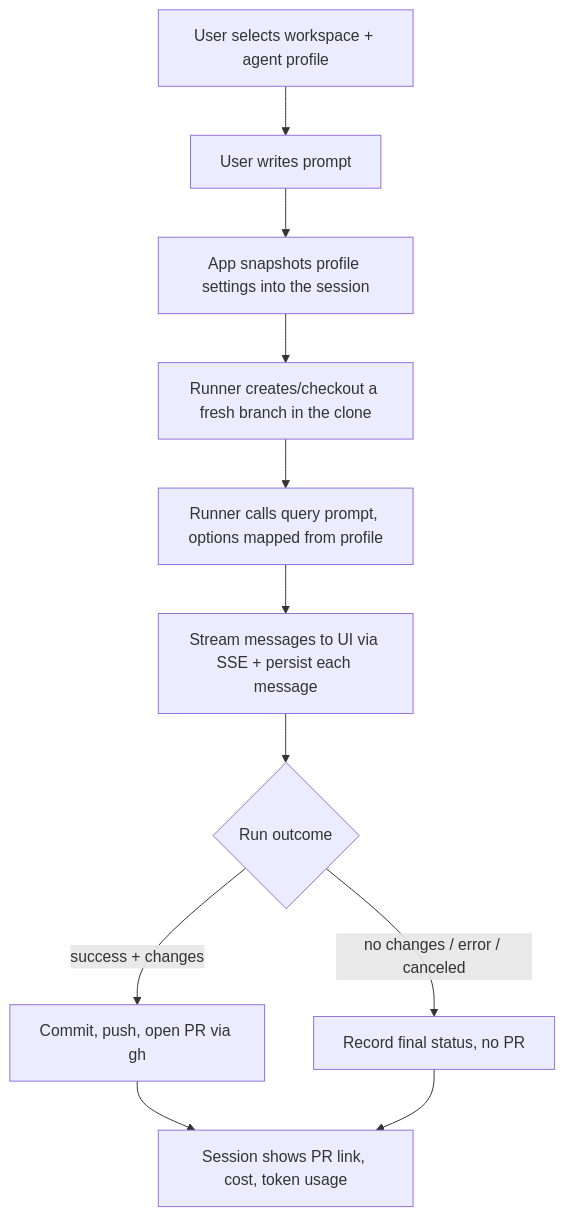
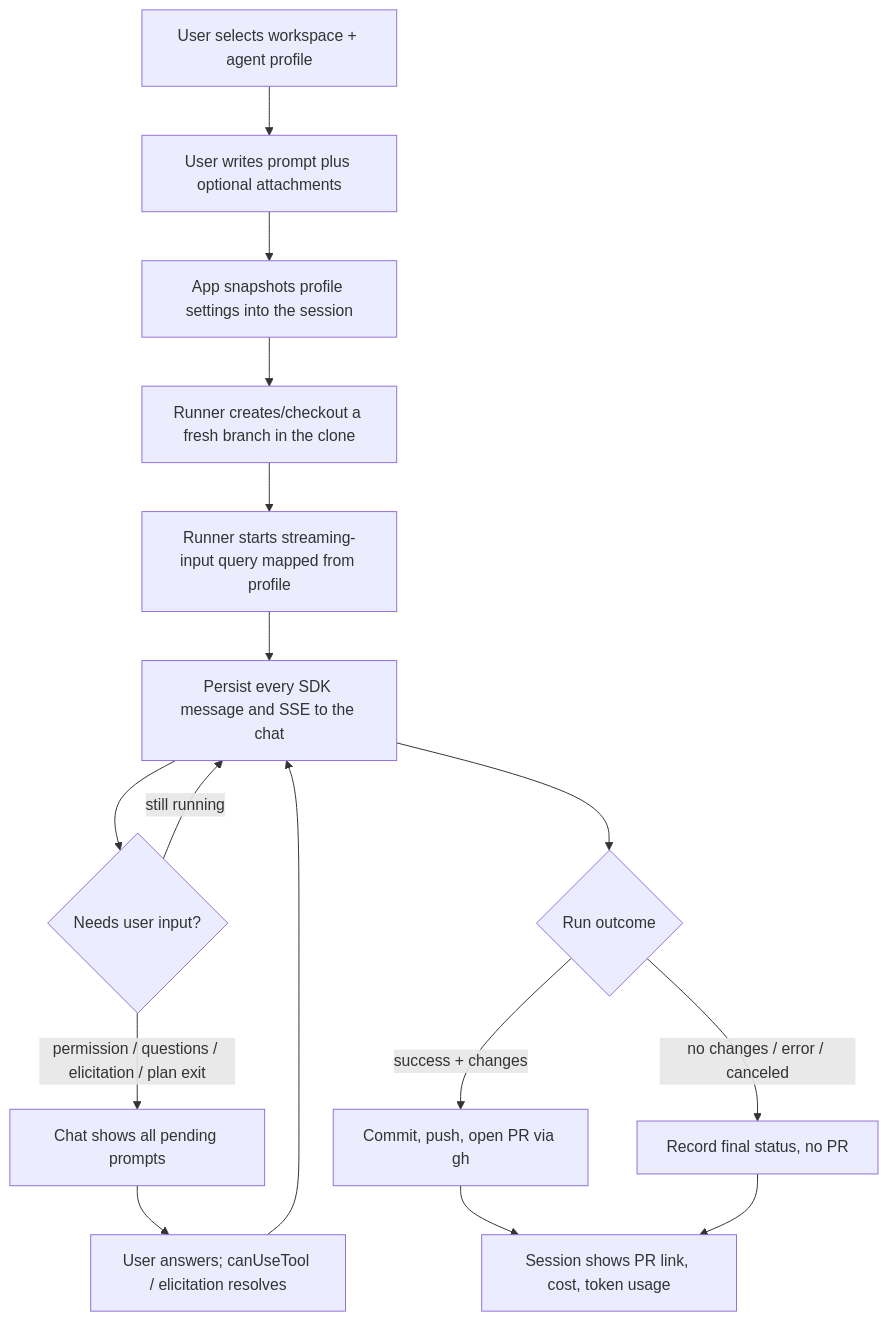
The second of 3 diagrams in docs/product-spec.md (azweb76/claude-assistant), drawn with Mermaid before and after one commit. The commit also changed other lines of this file and 13 other files, not shown here.

First line of the commit message:
docs(backlog): full Claude session chat catalog (#2)

````diff
--- a/docs/product-spec.md
+++ b/docs/product-spec.md
@@ -56,13 +59,18 @@
 ```mermaid
 flowchart TD
-  a[User selects workspace + agent profile] --> b[User writes prompt]
+  a[User selects workspace + agent profile] --> b[User writes prompt plus optional attachments]
   b --> c[App snapshots profile settings into the session]
   c --> d[Runner creates/checkout a fresh branch in the clone]
-  d --> e["Runner calls query prompt, options mapped from profile"]
-  e --> f[Stream messages to UI via SSE + persist each message]
-  f --> g{Run outcome}
-  g -->|"success + changes"| h["Commit, push, open PR via gh"]
-  g -->|"no changes / error / canceled"| i["Record final status, no PR"]
-  h --> j["Session shows PR link, cost, token usage"]
-  i --> j
+  d --> e["Runner starts streaming-input query mapped from profile"]
+  e --> f[Persist every SDK message and SSE to the chat]
+  f --> g{Needs user input?}
+  g -->|permission / questions / elicitation / plan exit| h[Chat shows all pending prompts]
+  h --> i[User answers; canUseTool / elicitation resolves]
+  i --> f
+  g -->|still running| f
+  f --> j{Run outcome}
+  j -->|"success + changes"| k["Commit, push, open PR via gh"]
+  j -->|"no changes / error / canceled"| l["Record final status, no PR"]
+  k --> m[Session shows PR link, cost, token usage]
+  l --> m
 ```
````
